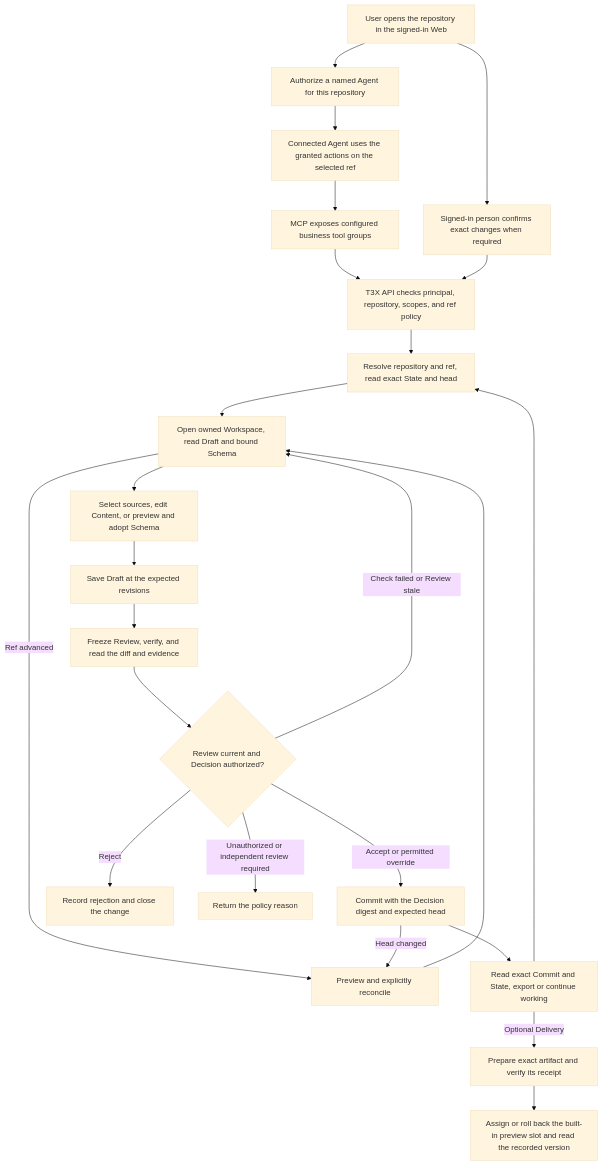
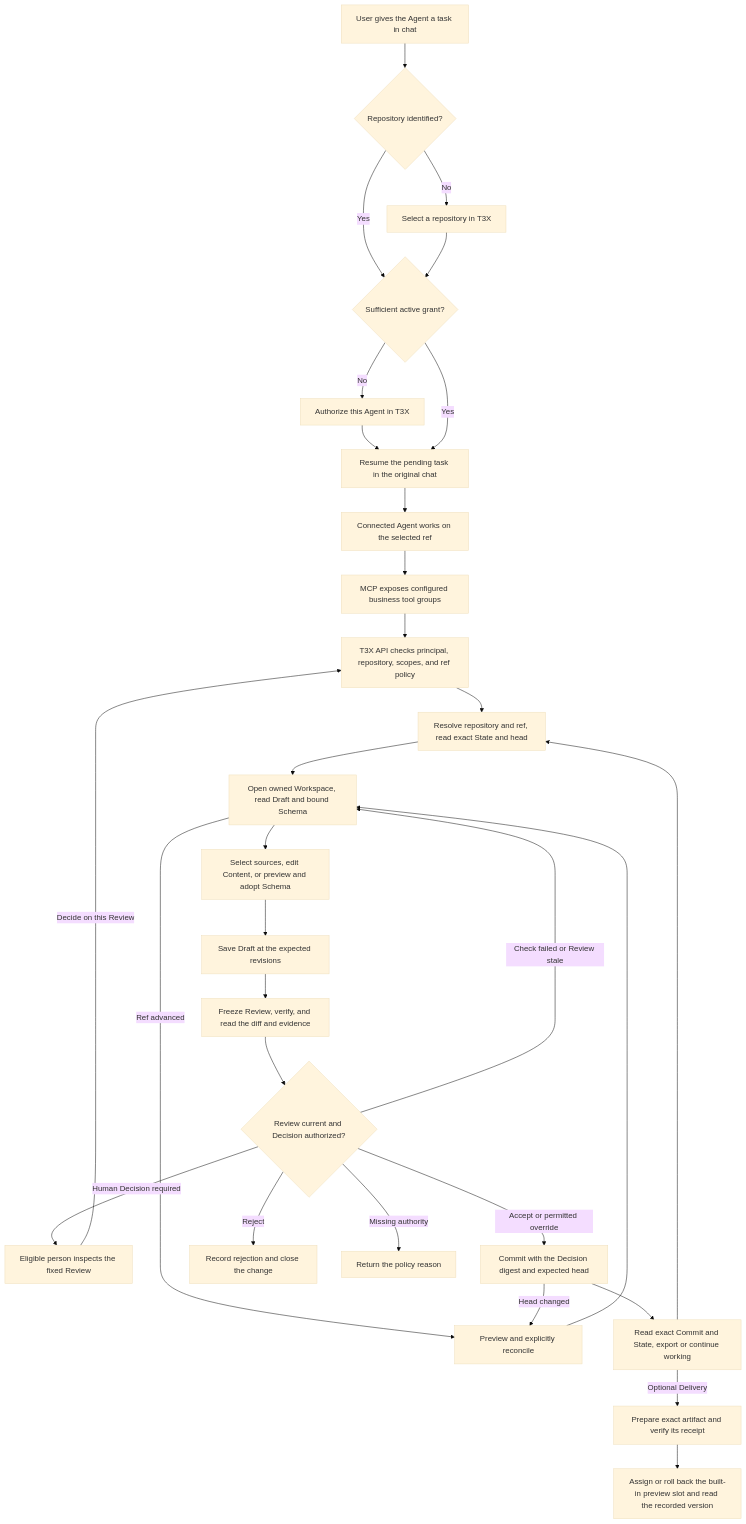
One commit to t3x-dev/t3x-core changed the diagram in apps/mcp/docs/business-capabilities.md. Above: the diagram before and after it, drawn with Mermaid (base theme). The commit also changed other lines of this file and 1 other file, not shown here.

Commit message:
docs(mcp): start repository delegation in the requesting chat

````diff
--- a/apps/mcp/docs/business-capabilities.md
+++ b/apps/mcp/docs/business-capabilities.md
@@ -154,26 +174,32 @@
 ```mermaid
 flowchart TD
-    web["User opens the repository in the signed-in Web"] --> grant["Authorize a named Agent for this repository"]
-    web --> cui["Signed-in person confirms exact changes when required"]
-    grant --> agent["Connected Agent uses the granted actions on the selected ref"]
+    chat["User gives the Agent a task in chat"] --> target{"Repository identified?"}
+    target -->|No| pick["Select a repository in T3X"]
+    target -->|Yes| existing{"Sufficient active grant?"}
+    pick --> existing
+    existing -->|No| grant["Authorize this Agent in T3X"]
+    grant --> task["Resume the pending task in the original chat"]
+    existing -->|Yes| task
+    task --> agent["Connected Agent works on the selected ref"]
     agent --> mcp["MCP exposes configured business tool groups"]
     mcp --> api["T3X API checks principal, repository, scopes, and ref policy"]
-    cui --> api
     api --> read["Resolve repository and ref, read exact State and head"]
     read --> draft["Open owned Workspace, read Draft and bound Schema"]
     draft --> edit["Select sources, edit Content, or preview and adopt Schema"]
     draft -->|Ref advanced| sync["Preview and explicitly reconcile"]
     sync --> draft
     edit --> saved["Save Draft at the expected revisions"]
     saved --> review["Freeze Review, verify, and read the diff and evidence"]
     review --> decision{"Review current and Decision authorized?"}
+    decision -->|Human Decision required| cui["Eligible person inspects the fixed Review"]
+    cui -->|Decide on this Review| api
     decision -->|Accept or permitted override| commit["Commit with the Decision digest and expected head"]
     decision -->|Reject| rejected["Record rejection and close the change"]
     decision -->|Check failed or Review stale| draft
-    decision -->|Unauthorized or independent review required| blocked["Return the policy reason"]
+    decision -->|Missing authority| blocked["Return the policy reason"]
     commit -->|Head changed| sync
     commit --> result["Read exact Commit and State, export or continue working"]
     result --> read
     result -->|Optional Delivery| delivery["Prepare exact artifact and verify its receipt"]
     delivery --> preview["Assign or roll back the built-in preview slot and read the recorded version"]
 ```
````
